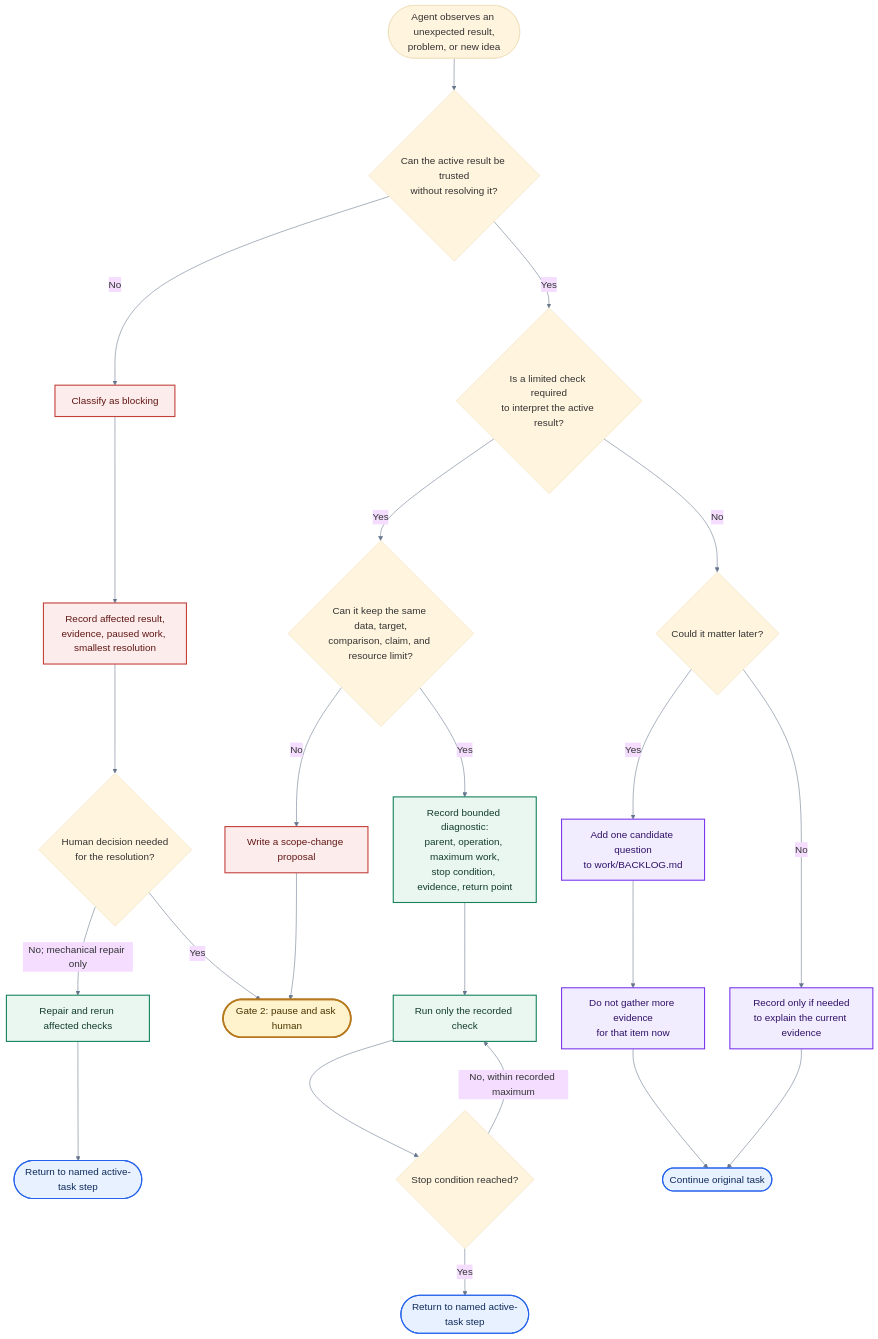
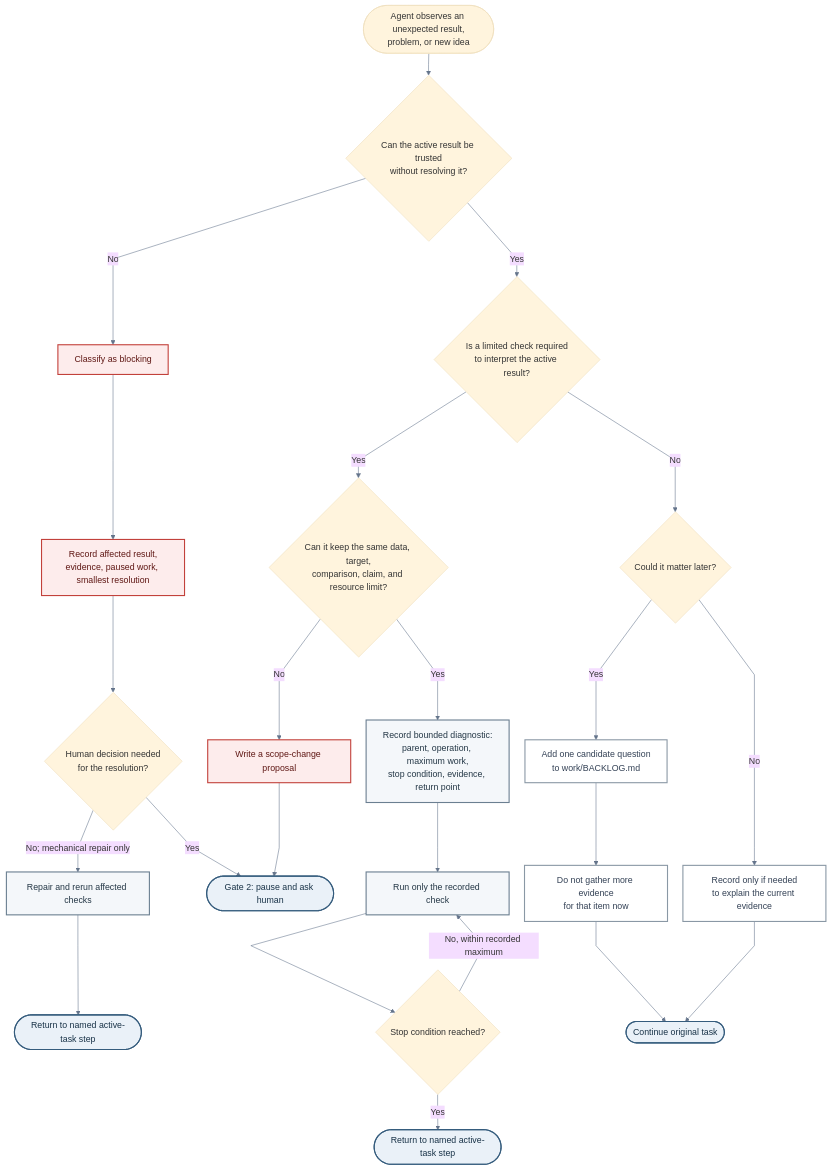
Before and after one commit to Jhziiiig/research-agent-template: the sixth of 8 diagrams in workflow/PROCESS_MAP.md, drawn with Mermaid. The commit also changed other lines of this file and 2 other files, not shown here.

````diff
--- a/workflow/PROCESS_MAP.md
+++ b/workflow/PROCESS_MAP.md
@@ -152,41 +152,41 @@
 ```mermaid
-%%{init: {"theme":"base","themeVariables":{"fontFamily":"Arial, sans-serif","fontSize":"18px","lineColor":"#64748B"},"flowchart":{"curve":"basis","nodeSpacing":46,"rankSpacing":58,"htmlLabels":true}}}%%
+%%{init: {"theme":"base","themeVariables":{"fontFamily":"Arial, sans-serif","fontSize":"16px","lineColor":"#64748B"},"flowchart":{"curve":"linear","nodeSpacing":28,"rankSpacing":40,"htmlLabels":true}}}%%
 flowchart TB
     Finding([Agent observes an unexpected result,<br/>problem, or new idea]) --> Trust{Can the active result be trusted<br/>without resolving it?}
 
     Trust -- No --> Blocking[Classify as blocking]
     Blocking --> BlockRecord[Record affected result,<br/>evidence, paused work, smallest resolution]
     BlockRecord --> HumanBlock{Human decision needed<br/>for the resolution?}
     HumanBlock -- No; mechanical repair only --> Repair[Repair and rerun affected checks]
     Repair --> Return1([Return to named active-task step])
     HumanBlock -- Yes --> Gate2([Gate 2: pause and ask human])
 
     Trust -- Yes --> Needed{Is a limited check required<br/>to interpret the active result?}
     Needed -- Yes --> Fits{Can it keep the same data, target,<br/>comparison, claim, and resource limit?}
     Fits -- Yes --> Diagnostic[Record bounded diagnostic:<br/>parent, operation, maximum work,<br/>stop condition, evidence, return point]
     Diagnostic --> RunDiagnostic[Run only the recorded check]
     RunDiagnostic --> StopReached{Stop condition reached?}
     StopReached -- No, within recorded maximum --> RunDiagnostic
     StopReached -- Yes --> Return2([Return to named active-task step])
     Fits -- No --> ScopeProposal[Write a scope-change proposal]
     ScopeProposal --> Gate2
 
     Needed -- No --> Useful{Could it matter later?}
     Useful -- Yes --> Backlog[Add one candidate question<br/>to work/BACKLOG.md]
     Backlog --> NoExecution[Do not gather more evidence<br/>for that item now]
     NoExecution --> Return3([Continue original task])
     Useful -- No --> Note[Record only if needed<br/>to explain the current evidence]
     Note --> Return3
 
-    classDef gate fill:#FFF3CD,stroke:#B7791F,color:#4A3300,stroke-width:3px;
-    classDef return fill:#E8F1FF,stroke:#2563EB,color:#0F2B5B,stroke-width:2px;
-    classDef action fill:#EAF7F0,stroke:#16825D,color:#123C2E,stroke-width:2px;
+    classDef gate fill:#EAF1F8,stroke:#355C7D,color:#183247,stroke-width:2px;
+    classDef return fill:#EAF1F8,stroke:#355C7D,color:#183247,stroke-width:2px;
+    classDef action fill:#F4F7FA,stroke:#6B7F91,color:#243746,stroke-width:2px;
     classDef warning fill:#FDECEC,stroke:#C2413B,color:#5F1714,stroke-width:2px;
-    classDef file fill:#F2ECFF,stroke:#7C3AED,color:#2E1065,stroke-width:2px;
+    classDef file fill:#FFFFFF,stroke:#8A98A5,color:#334155,stroke-width:2px;
 
     class Gate2 gate;
     class Return1,Return2,Return3 return;
     class Repair,Diagnostic,RunDiagnostic action;
     class Blocking,BlockRecord,ScopeProposal warning;
     class Backlog,NoExecution,Note file;
 ```
````
